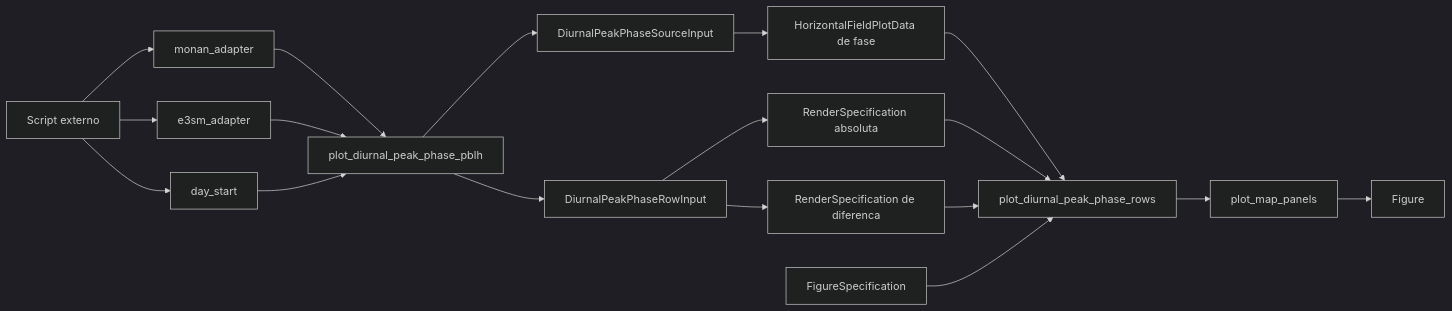
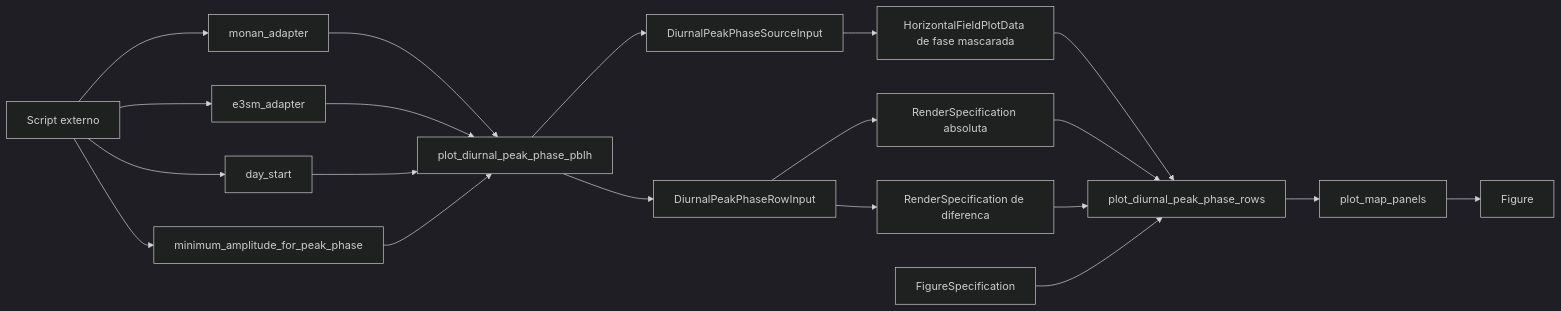
Before and after one commit to farachegt/visualize_thesis: the second of 2 diagrams in docs/c4/plot-core/recipes/11-diurnal-peak-phase-pblh.md, drawn with Mermaid (dark theme). The commit also changed other lines of this file and 5 other files, not shown here.

Commit message:
Add optional amplitude mask to diurnal peak phase recipe

````diff
--- a/docs/c4/plot-core/recipes/11-diurnal-peak-phase-pblh.md
+++ b/docs/c4/plot-core/recipes/11-diurnal-peak-phase-pblh.md
@@ -37,20 +40,22 @@
 ```mermaid
 flowchart LR
     A[Script externo] --> B[monan_adapter]
     A --> C[e3sm_adapter]
     A --> D[day_start]
+    A --> E0[minimum_amplitude_for_peak_phase]
     B --> E[plot_diurnal_peak_phase_pblh]
     C --> E
     D --> E
+    E0 --> E
     E --> F[DiurnalPeakPhaseSourceInput]
     E --> G[DiurnalPeakPhaseRowInput]
-    F --> H[HorizontalFieldPlotData de fase]
+    F --> H[HorizontalFieldPlotData de fase mascarada]
     G --> I[RenderSpecification absoluta]
     G --> J[RenderSpecification de diferenca]
     H --> K[plot_diurnal_peak_phase_rows]
     I --> K
     J --> K
     L[FigureSpecification] --> K
     K --> M[plot_map_panels]
     M --> N[Figure]
 ```
````
